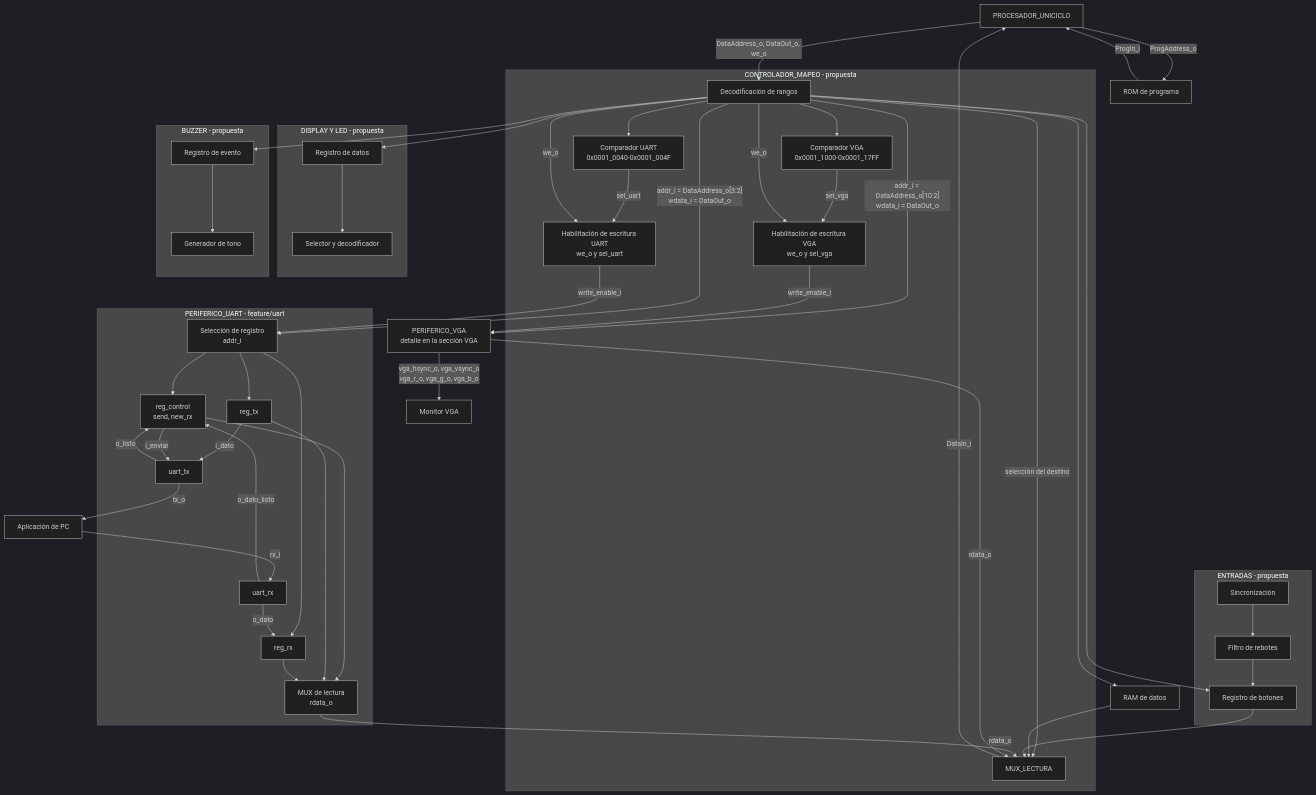
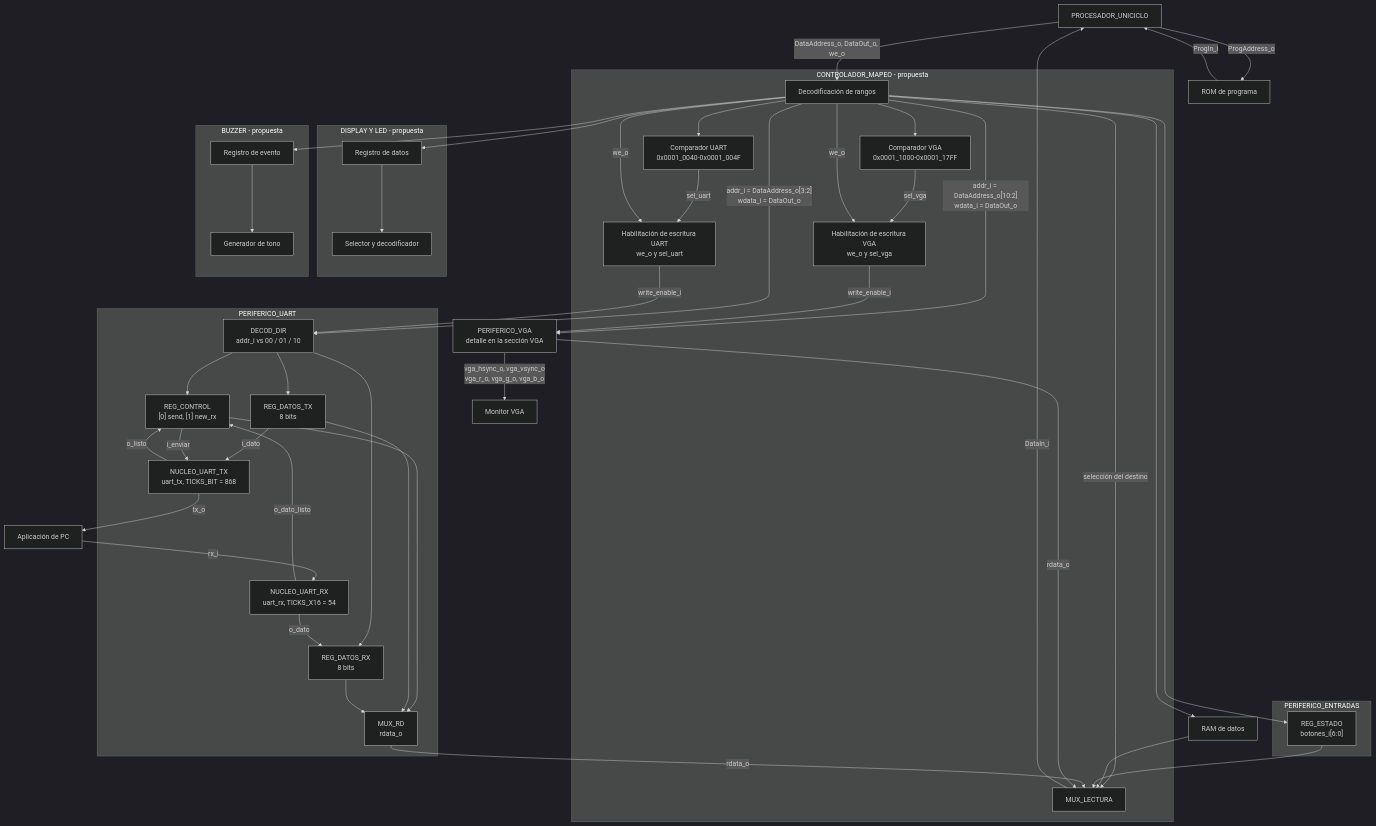
The first of 5 diagrams in docs/diseño/diagramas/nivel03.md (Taller-de-diseno-digital-GR01/Proyecto-3-Batalla-Naval), drawn with Mermaid (dark theme) before and after one commit. The commit also changed other lines of this file, not shown here.

Commit message:
nivel03.md con los bloques internos de PERIFERICO_UART que venían de feature/uart

````diff
--- a/docs/diseño/diagramas/nivel03.md
+++ b/docs/diseño/diagramas/nivel03.md
@@ -5,78 +7,78 @@
 ```mermaid
 flowchart TD
     CPU["PROCESADOR_UNICICLO"]
     ROM["ROM de programa"]
     RAM["RAM de datos"]
 
     subgraph MAP["CONTROLADOR_MAPEO - propuesta"]
         DIR["Decodificación de rangos"]
         CMP_UART["Comparador UART<br/>0x0001_0040-0x0001_004F"]
         AND_WE["Habilitación de escritura UART<br/>we_o y sel_uart"]
         CMP_VGA["Comparador VGA<br/>0x0001_1000-0x0001_17FF"]
         AND_WE_VGA["Habilitación de escritura VGA<br/>we_o y sel_vga"]
         RMUX["MUX_LECTURA"]
         DIR --> CMP_UART
         CMP_UART -->|"sel_uart"| AND_WE
         DIR --> CMP_VGA
         CMP_VGA -->|"sel_vga"| AND_WE_VGA
         DIR -->|"selección del destino"| RMUX
     end
 
-    subgraph GPIO["ENTRADAS - propuesta"]
-        SYNC["Sincronización"] --> DB["Filtro de rebotes"] --> BTNREG["Registro de botones"]
+    subgraph GPIO["PERIFERICO_ENTRADAS"]
+        BTNREG["REG_ESTADO<br/>botones_i[6:0]"]
     end
 
-    subgraph PUART["PERIFERICO_UART - feature/uart"]
-        DEC_UART["Selección de registro<br/>addr_i"]
-        REG_CTRL["reg_control<br/>send, new_rx"]
-        REG_TX["reg_tx"]
-        REG_RX["reg_rx"]
-        MUX_UART["MUX de lectura<br/>rdata_o"]
-        TX["uart_tx"]
-        RX["uart_rx"]
+    subgraph PUART["PERIFERICO_UART"]
+        DEC_UART["DECOD_DIR<br/>addr_i vs 00 / 01 / 10"]
+        REG_CTRL["REG_CONTROL<br/>[0] send, [1] new_rx"]
+        REG_TX["REG_DATOS_TX<br/>8 bits"]
+        REG_RX["REG_DATOS_RX<br/>8 bits"]
+        MUX_UART["MUX_RD<br/>rdata_o"]
+        TX["NUCLEO_UART_TX<br/>uart_tx, TICKS_BIT = 868"]
+        RX["NUCLEO_UART_RX<br/>uart_rx, TICKS_X16 = 54"]
         DEC_UART --> REG_CTRL
         DEC_UART --> REG_TX
         DEC_UART --> REG_RX
         REG_CTRL --> MUX_UART
         REG_TX --> MUX_UART
         REG_RX --> MUX_UART
         REG_TX -->|"i_dato"| TX
         REG_CTRL -->|"i_enviar"| TX
         TX -->|"o_listo"| REG_CTRL
         RX -->|"o_dato"| REG_RX
         RX -->|"o_dato_listo"| REG_CTRL
     end
 
     VGA["PERIFERICO_VGA<br/>detalle en la sección VGA"]
     MON["Monitor VGA"]
 
     subgraph DISP["DISPLAY Y LED - propuesta"]
         DREG["Registro de datos"] --> SCAN["Selector y decodificador"]
     end
 
     subgraph BUZ["BUZZER - propuesta"]
         BREG["Registro de evento"] --> TONE["Generador de tono"]
     end
 
     CPU -->|"ProgAddress_o"| ROM
     ROM -->|"ProgIn_i"| CPU
     CPU -->|"DataAddress_o, DataOut_o, we_o"| DIR
     RMUX -->|"DataIn_i"| CPU
     DIR --> RAM
     RAM --> RMUX
     DIR --> BTNREG
     BTNREG --> RMUX
     DIR -->|"we_o"| AND_WE
     DIR -->|"addr_i = DataAddress_o[3:2]<br/>wdata_i = DataOut_o"| DEC_UART
     AND_WE -->|"write_enable_i"| DEC_UART
     MUX_UART -->|"rdata_o"| RMUX
     DIR -->|"we_o"| AND_WE_VGA
     DIR -->|"addr_i = DataAddress_o[10:2]<br/>wdata_i = DataOut_o"| VGA
     AND_WE_VGA -->|"write_enable_i"| VGA
     VGA -->|"rdata_o"| RMUX
     VGA -->|"vga_hsync_o, vga_vsync_o<br/>vga_r_o, vga_g_o, vga_b_o"| MON
     DIR --> DREG
     DIR --> BREG
     APP["Aplicación de PC"] -->|"rx_i"| RX
     TX -->|"tx_o"| APP
 ```
````
